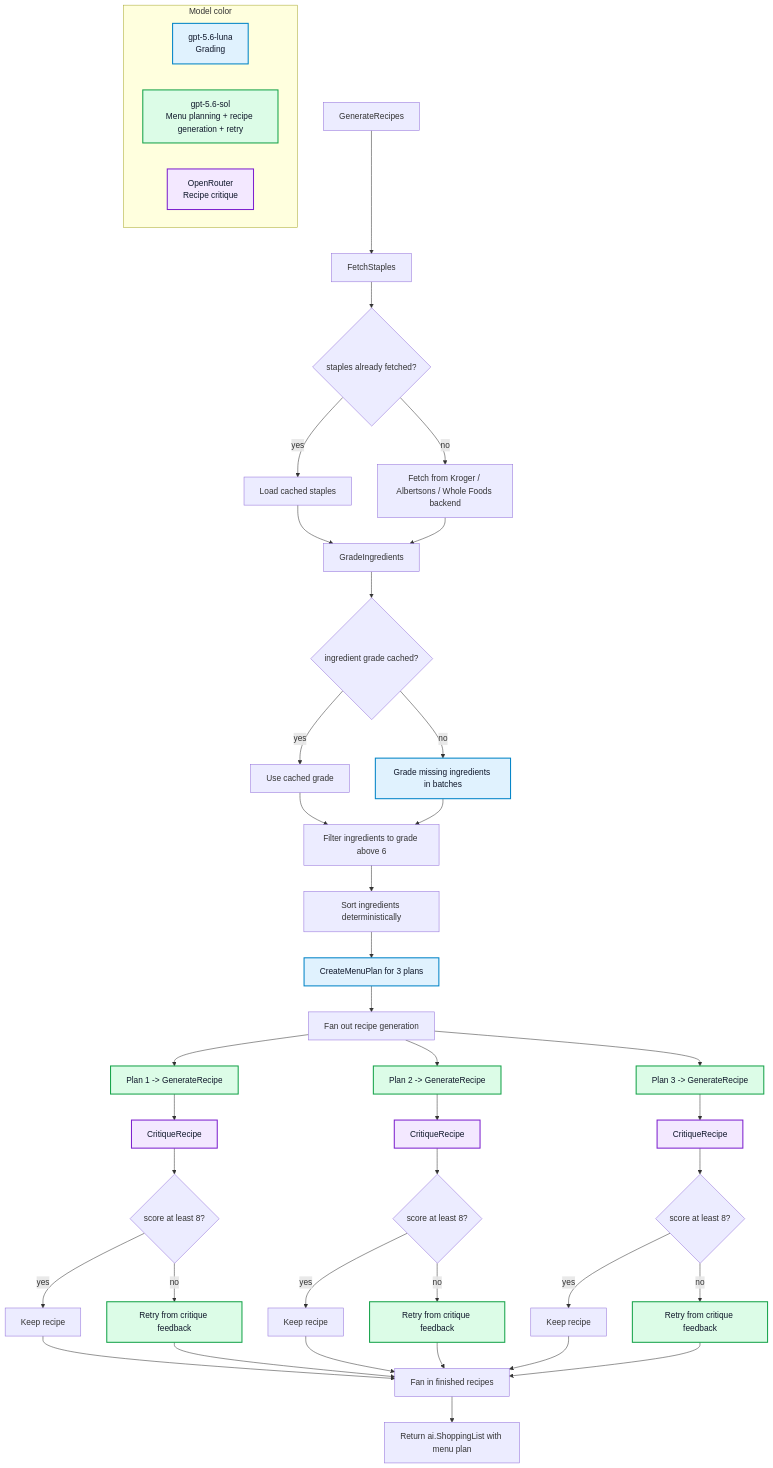
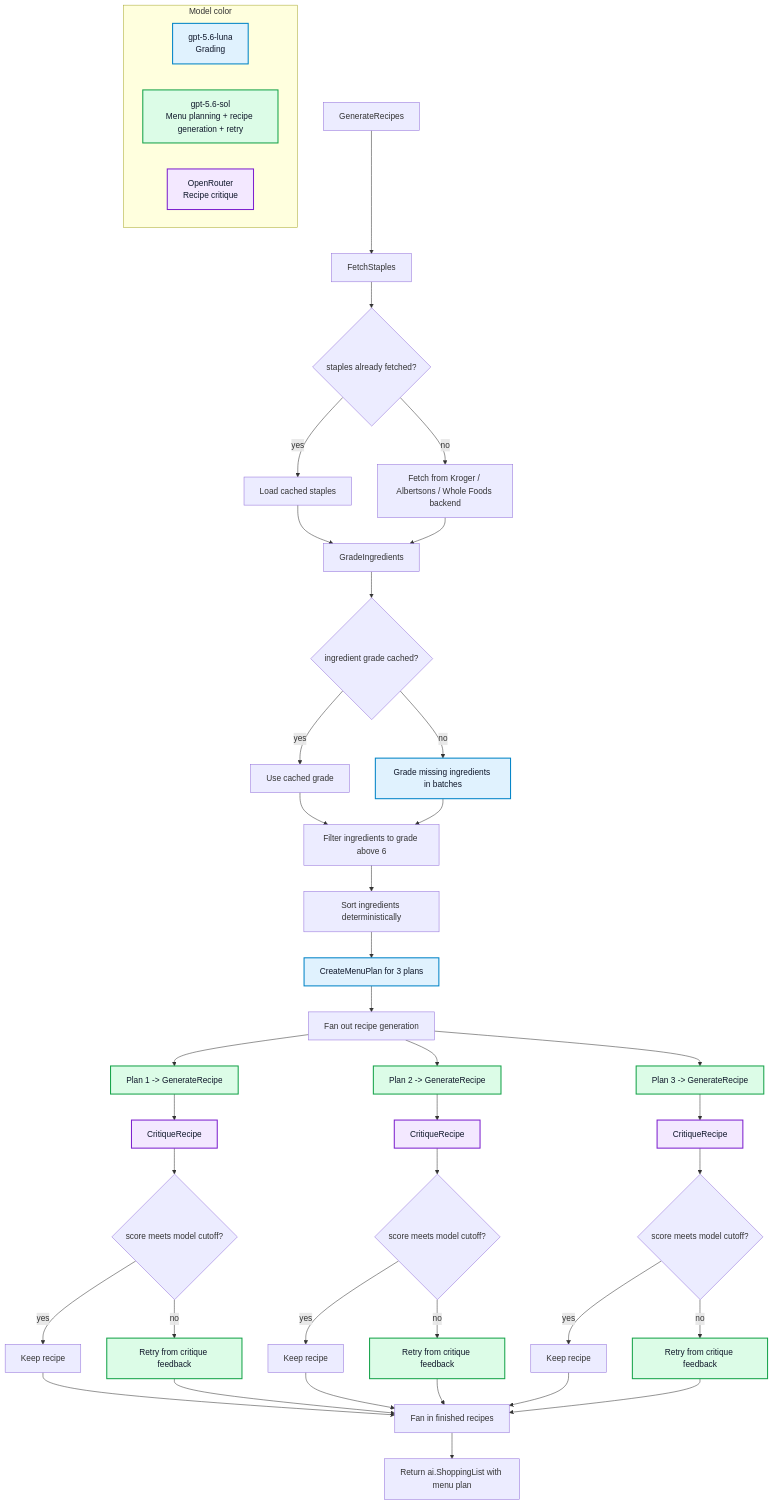
Before and after one commit to paulgmiller/careme: the diagram in docs/recipe-generation-walkthrough.md, drawn with Mermaid. The commit also changed other lines of this file and 14 other files, not shown here.

````diff
--- a/docs/recipe-generation-walkthrough.md
+++ b/docs/recipe-generation-walkthrough.md
@@ -7,62 +7,62 @@
 ```mermaid
 flowchart TD
     subgraph Legend["Model color"]
         MiniLegend["gpt-5.6-luna<br/>Grading"]
         GPT5Legend["gpt-5.6-sol<br/>Menu planning + recipe generation + retry"]
         OpenRouterLegend["OpenRouter<br/>Recipe critique"]
     end
 
     A["GenerateRecipes"] --> B["FetchStaples"]
     B --> C{"staples already fetched?"}
     C -- "yes" --> D["Load cached staples"]
     C -- "no" --> E["Fetch from Kroger / Albertsons / Whole Foods backend"]
     E --> G["GradeIngredients"]
     D --> G
 
     G --> H{"ingredient grade cached?"}
     H -- "yes" --> I["Use cached grade"]
     H -- "no" --> J["Grade missing ingredients in batches"]
     I --> L["Filter ingredients to grade above 6"]
     J --> L
 
     L --> M["Sort ingredients deterministically"]
     M --> N["CreateMenuPlan for 3 plans"]
     N --> O["Fan out recipe generation"]
 
     O --> P1["Plan 1 -> GenerateRecipe"]
     O --> P2["Plan 2 -> GenerateRecipe"]
     O --> P3["Plan 3 -> GenerateRecipe"]
 
     P1 --> R1["CritiqueRecipe"]
     P2 --> R2["CritiqueRecipe"]
     P3 --> R3["CritiqueRecipe"]
 
-    R1 --> S1{"score at least 8?"}
-    R2 --> S2{"score at least 8?"}
-    R3 --> S3{"score at least 8?"}
+    R1 --> S1{"score meets model cutoff?"}
+    R2 --> S2{"score meets model cutoff?"}
+    R3 --> S3{"score meets model cutoff?"}
 
     S1 -- "yes" --> T1["Keep recipe"]
     S2 -- "yes" --> T2["Keep recipe"]
     S3 -- "yes" --> T3["Keep recipe"]
 
     S1 -- "no" --> U1["Retry from critique feedback"]
     S2 -- "no" --> U2["Retry from critique feedback"]
     S3 -- "no" --> U3["Retry from critique feedback"]
 
     T1 --> W["Fan in finished recipes"]
     T2 --> W
     T3 --> W
     U1 --> W
     U2 --> W
     U3 --> W
 
     W --> X["Return ai.ShoppingList with menu plan"]
 
     classDef mini fill:#e0f2fe,stroke:#0284c7,color:#0f172a,stroke-width:2px
     classDef gpt5 fill:#dcfce7,stroke:#16a34a,color:#0f172a,stroke-width:2px
     classDef openrouter fill:#f3e8ff,stroke:#7e22ce,color:#0f172a,stroke-width:2px
 
     class MiniLegend,J,N mini
     class GPT5Legend,P1,P2,P3,U1,U2,U3 gpt5
     class OpenRouterLegend,R1,R2,R3 openrouter
 ```
````
